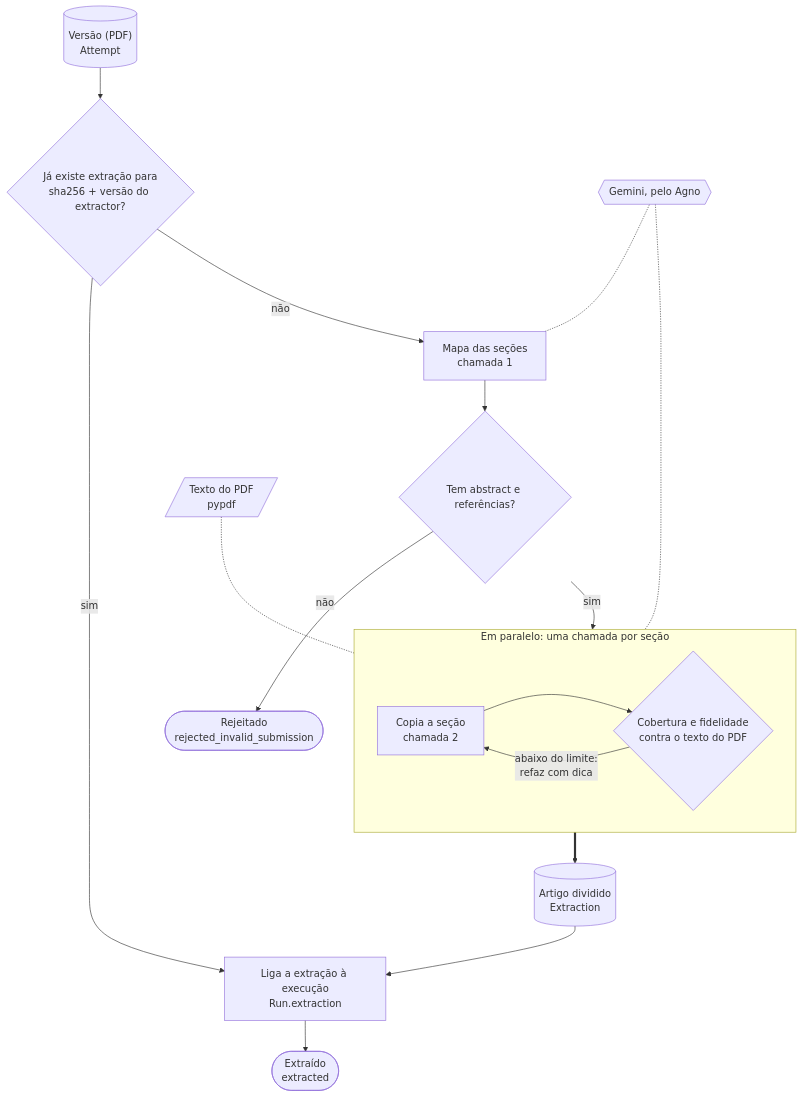
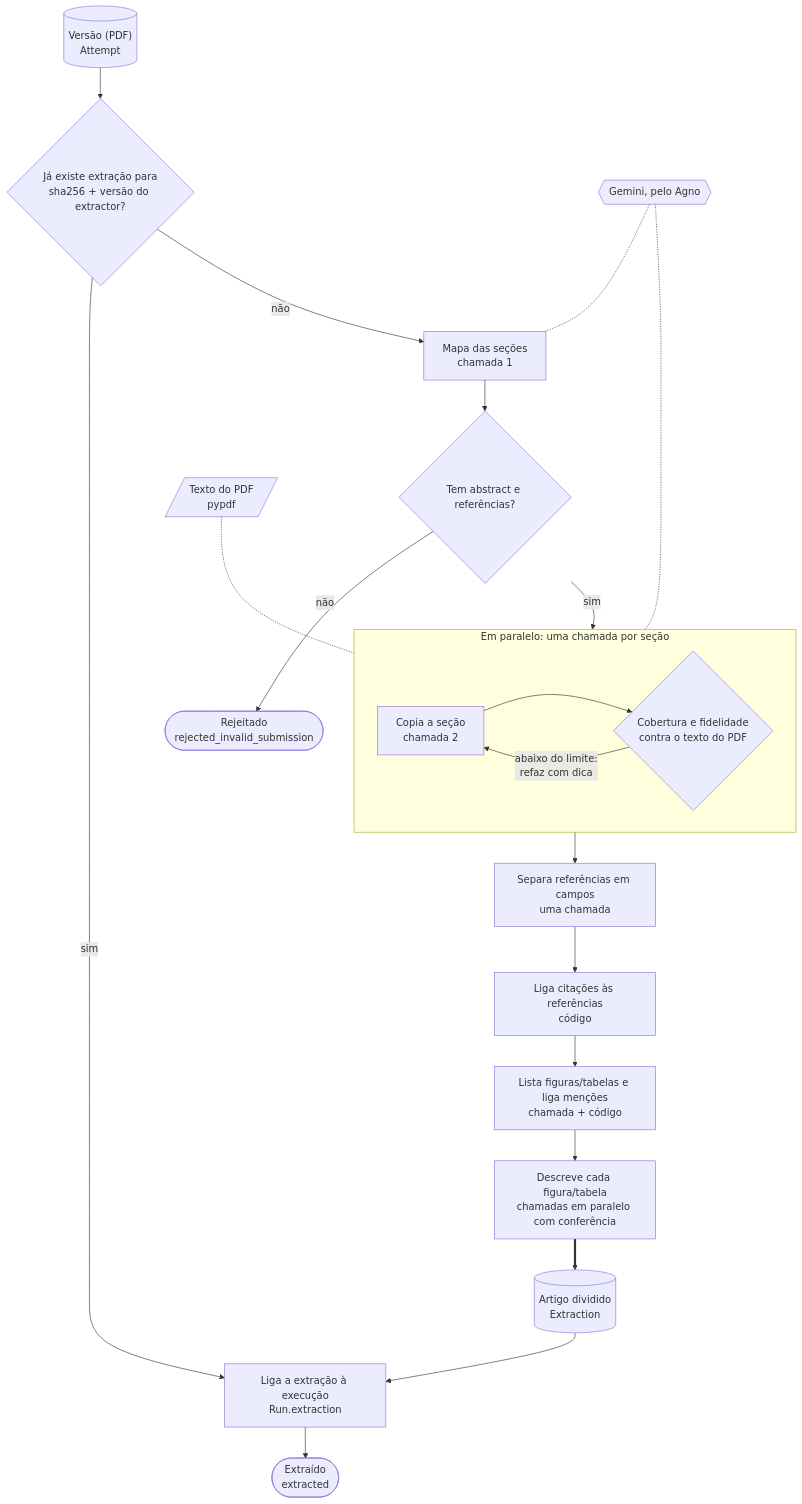
Before and after one commit to iarinhasz/metis_system: the fifth of 10 diagrams in docs/flow_graph.md, drawn with Mermaid. The commit also changed other lines of this file and 20 other files, not shown here.

````diff
--- a/docs/flow_graph.md
+++ b/docs/flow_graph.md
@@ -241,20 +251,24 @@
 ```mermaid
 flowchart TD
     ATT[("Versão (PDF)<br/>Attempt")] --> CACHE{"Já existe extração para<br/>sha256 + versão do extractor?"}
     CACHE -->|"sim"| LINK["Liga a extração à execução<br/>Run.extraction"]
     CACHE -->|"não"| MAP["Mapa das seções<br/>chamada 1"]
     LLM{{"Gemini, pelo Agno"}} -.- MAP
     MAP --> QG{"Tem abstract e referências?"}
     QG -->|"não"| REJ(["Rejeitado<br/>rejected_invalid_submission"])
     QG -->|"sim"| SEC
     subgraph SEC["Em paralelo: uma chamada por seção"]
         direction LR
         COPY["Copia a seção<br/>chamada 2"] --> CHK{"Cobertura e fidelidade<br/>contra o texto do PDF"}
         CHK -->|"abaixo do limite:<br/>refaz com dica"| COPY
     end
     LLM -.- COPY
     PDF[/"Texto do PDF<br/>pypdf"/] -.- CHK
-    SEC ==> ED[("Artigo dividido<br/>Extraction")]
+    SEC --> REF["Separa referências em campos<br/>uma chamada"]
+    REF --> CIT["Liga citações às referências<br/>código"]
+    CIT --> FIG["Lista figuras/tabelas e liga menções<br/>chamada + código"]
+    FIG --> DESC["Descreve cada figura/tabela<br/>chamadas em paralelo com conferência"]
+    DESC ==> ED[("Artigo dividido<br/>Extraction")]
     ED --> LINK
     LINK --> OK(["Extraído<br/>extracted"])
 ```
````
